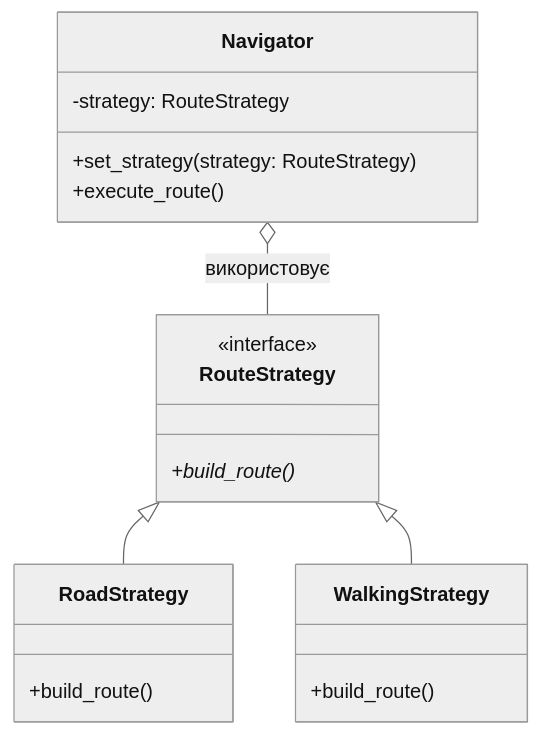
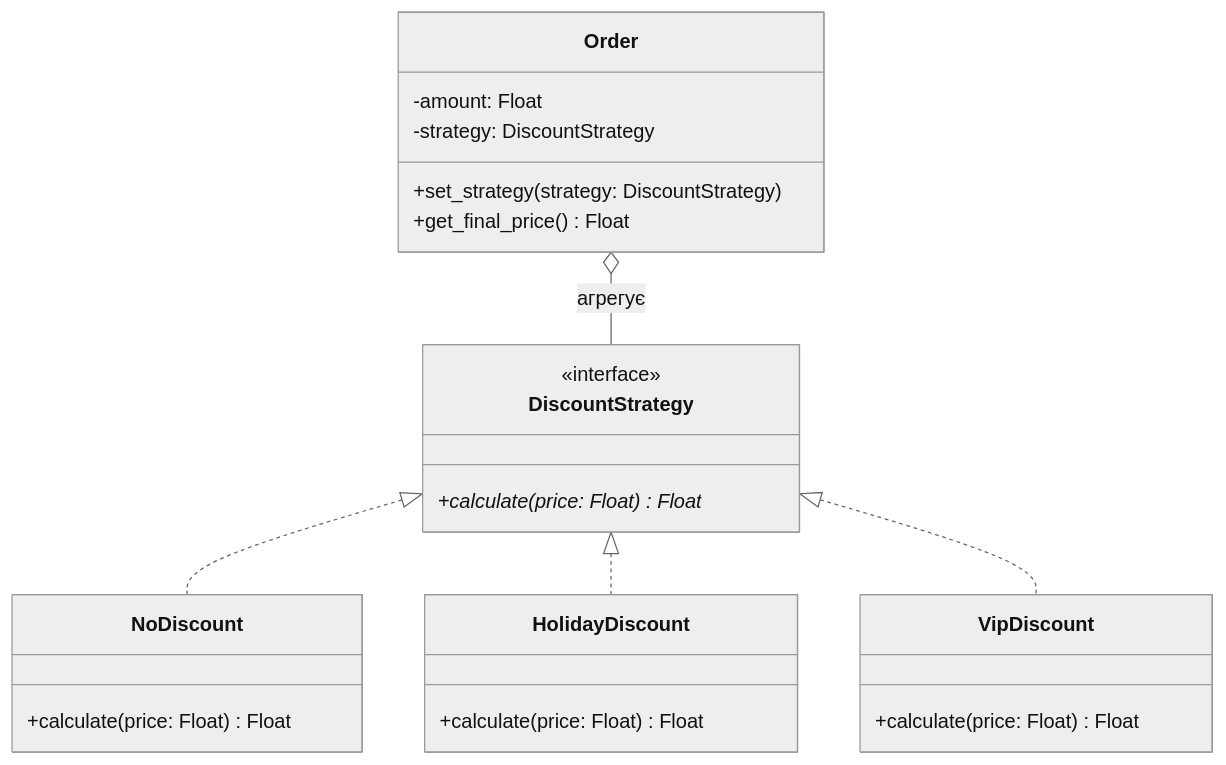
One commit to bohdanfariyon/web changed the third of 3 diagrams in README.md. Above: the diagram before and after it, drawn with Mermaid (neutral theme). The commit also changed other lines of this file, not shown here.

````diff
--- a/README.md
+++ b/README.md
@@ -228,22 +206,27 @@
 ```mermaid
 classDiagram
-    class Navigator {
-        -strategy: RouteStrategy
-        +set_strategy(strategy: RouteStrategy)
-        +execute_route()
+    class Order {
+        -amount: Float
+        -strategy: DiscountStrategy
+        +set_strategy(strategy: DiscountStrategy)
+        +get_final_price() Float
     }
-    class RouteStrategy {
+    class DiscountStrategy {
         <<interface>>
-        +build_route()*
+        +calculate(price: Float)* Float
     }
-    class RoadStrategy {
-        +build_route()
+    class NoDiscount {
+        +calculate(price: Float) Float
     }
-    class WalkingStrategy {
-        +build_route()
+    class HolidayDiscount {
+        +calculate(price: Float) Float
+    }
+    class VipDiscount {
+        +calculate(price: Float) Float
     }
 
-    Navigator o-- RouteStrategy : використовує
-    RouteStrategy <|-- RoadStrategy
-    RouteStrategy <|-- WalkingStrategy
+    Order o-- DiscountStrategy : агрегує
+    DiscountStrategy <|.. NoDiscount
+    DiscountStrategy <|.. HolidayDiscount
+    DiscountStrategy <|.. VipDiscount
 ```
````
